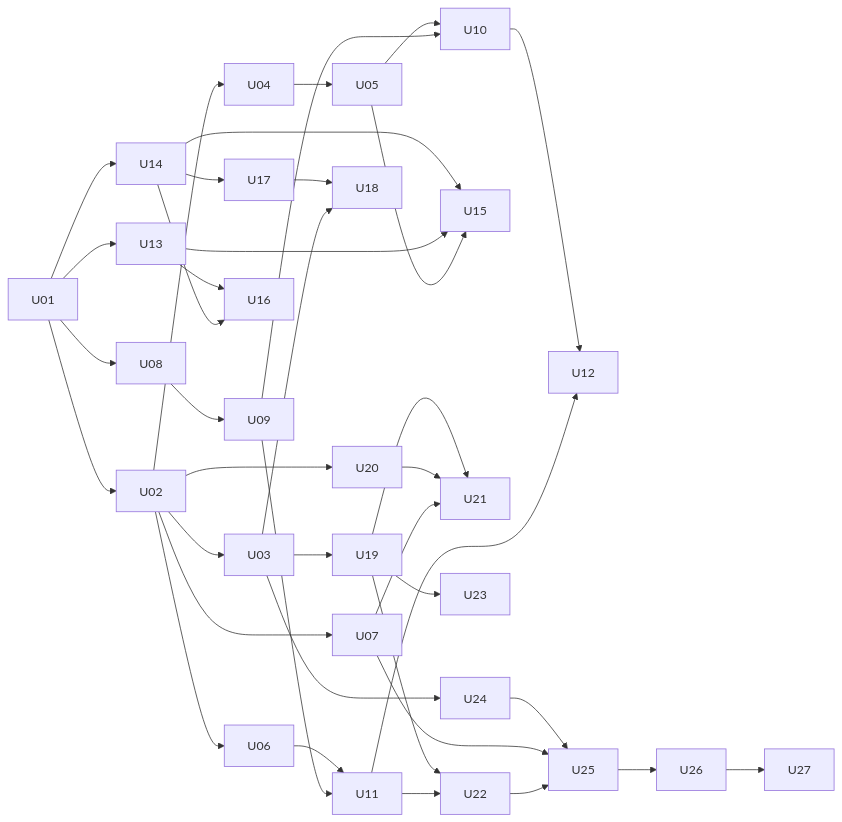
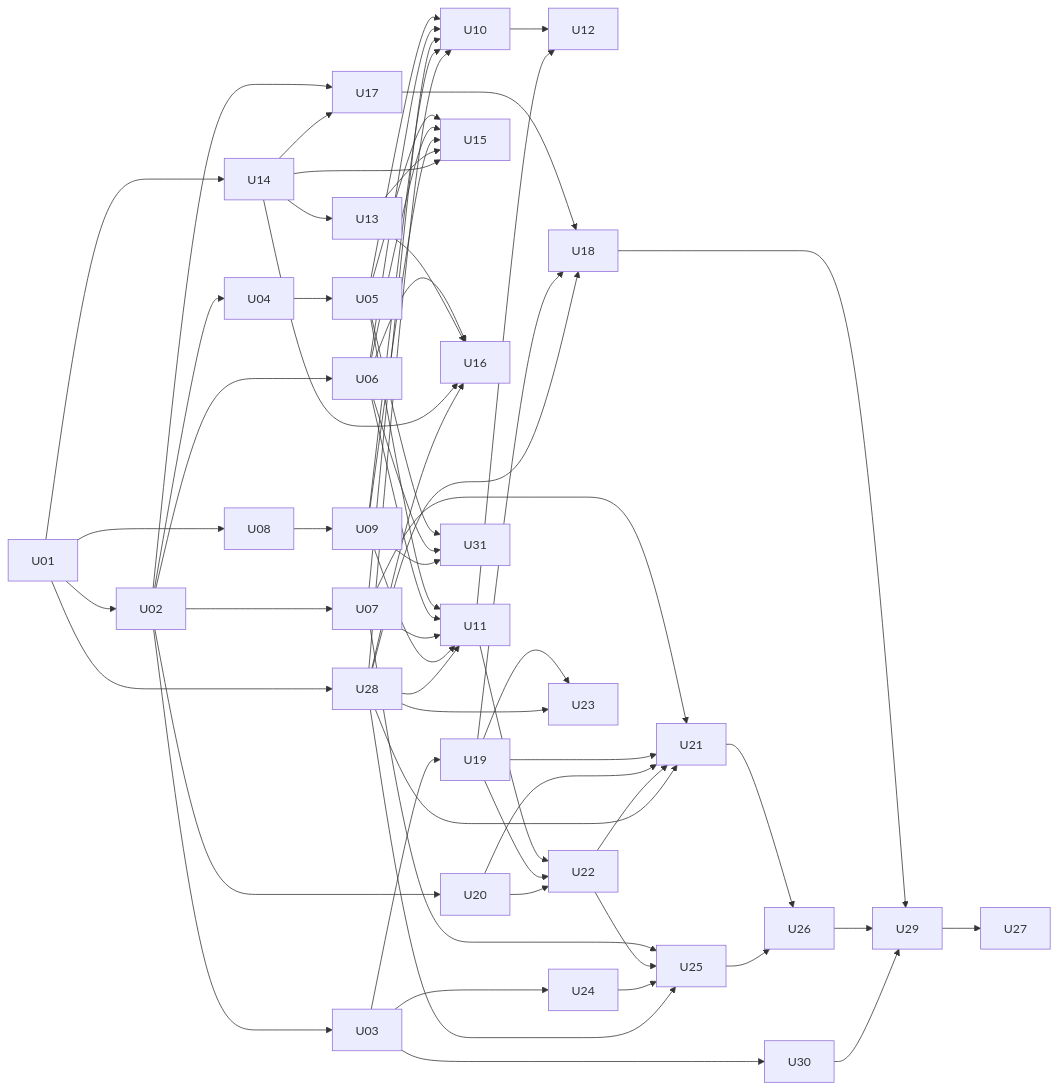
The diagram in docs/software-plan.md (SalihAwesome/Nasa), drawn with Mermaid before and after one commit. The commit also changed other lines of this file and 6 other files, not shown here.

````diff
--- a/docs/software-plan.md
+++ b/docs/software-plan.md
@@ -40,34 +173,63 @@
 ```mermaid
 graph LR
   U01 --> U02 --> U03
+  U01 --> U28
   U02 --> U04 --> U05
   U02 --> U06
   U02 --> U07
   U01 --> U08 --> U09
   U05 --> U10
+  U06 --> U10
+  U07 --> U10
   U09 --> U10
+  U28 --> U10
+  U05 --> U11
   U06 --> U11
+  U07 --> U11
   U09 --> U11
+  U28 --> U11
   U10 --> U12
   U11 --> U12
-  U01 --> U13
-  U01 --> U14 --> U15
+  U01 --> U14 --> U13
+  U05 --> U15
+  U06 --> U15
+  U09 --> U15
   U13 --> U15
-  U05 --> U15
+  U14 --> U15
+  U06 --> U16
   U13 --> U16
   U14 --> U16
-  U14 --> U17 --> U18
-  U03 --> U18
+  U28 --> U16
+  U02 --> U17
+  U14 --> U17
+  U17 --> U18
+  U19 --> U18
+  U28 --> U18
   U03 --> U19
   U02 --> U20
+  U11 --> U22
+  U19 --> U22
+  U20 --> U22
+  U07 --> U21
   U19 --> U21
   U20 --> U21
-  U07 --> U21
-  U19 --> U22
-  U11 --> U22
+  U22 --> U21
+  U28 --> U21
   U19 --> U23
-  U03 --> U24 --> U25
+  U28 --> U23
+  U03 --> U24
   U07 --> U25
   U22 --> U25
-  U25 --> U26 --> U27
+  U24 --> U25
+  U28 --> U25
+  U21 --> U26
+  U25 --> U26
+  U03 --> U30
+  U05 --> U31
+  U06 --> U31
+  U09 --> U31
+  U18 --> U29
+  U26 --> U29
+  U30 --> U29
+  U29 --> U27
 ```
````
